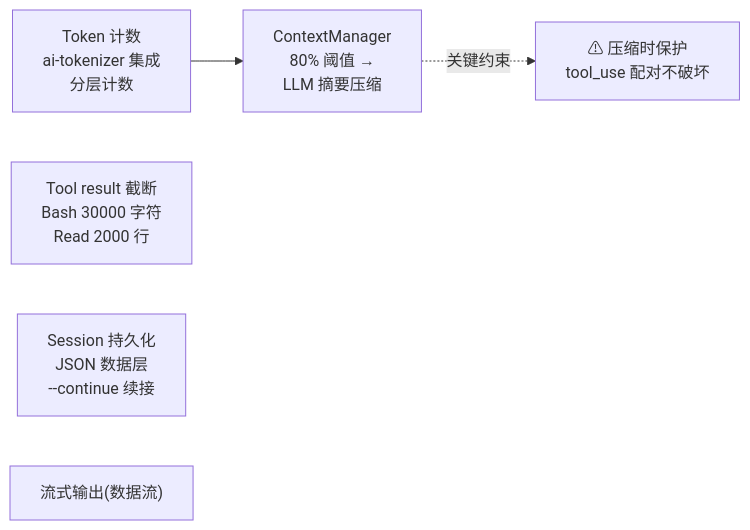
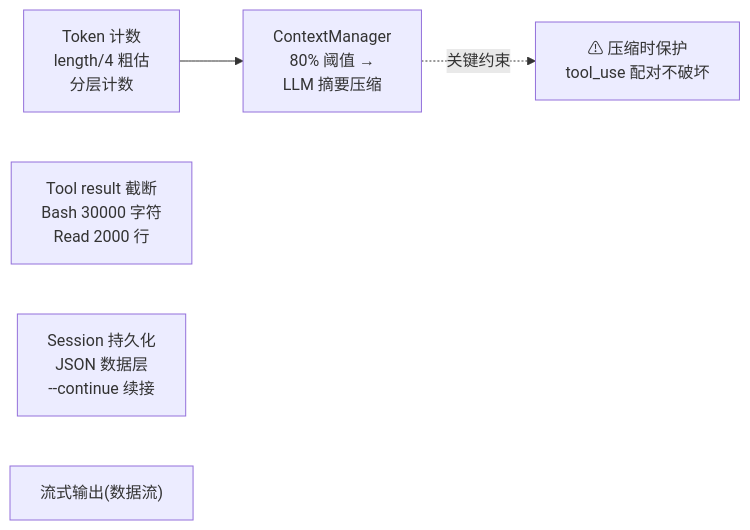
Before and after one commit to 575568329/ECode: the fourth of 8 diagrams in docs/里程碑功能流程图.md, drawn with Mermaid. The commit also changed 39 other files, not shown here.

````diff
--- a/docs/里程碑功能流程图.md
+++ b/docs/里程碑功能流程图.md
@@ -89,12 +89,12 @@
 ```mermaid
 flowchart LR
-    TK["Token 计数<br/>ai-tokenizer 集成<br/>分层计数"]
+    TK["Token 计数<br/>length/4 粗估<br/>分层计数"]
     CM["ContextManager<br/>80% 阈值 →<br/>LLM 摘要压缩"]
     PAIR["⚠ 压缩时保护<br/>tool_use 配对不破坏"]
     CTR["Tool result 截断<br/>Bash 30000 字符<br/>Read 2000 行"]
     SE["Session 持久化<br/>JSON 数据层<br/>--continue 续接"]
     ST["流式输出(数据流)"]
 
     TK --> CM
     CM -.关键约束.-> PAIR
 ```
````
